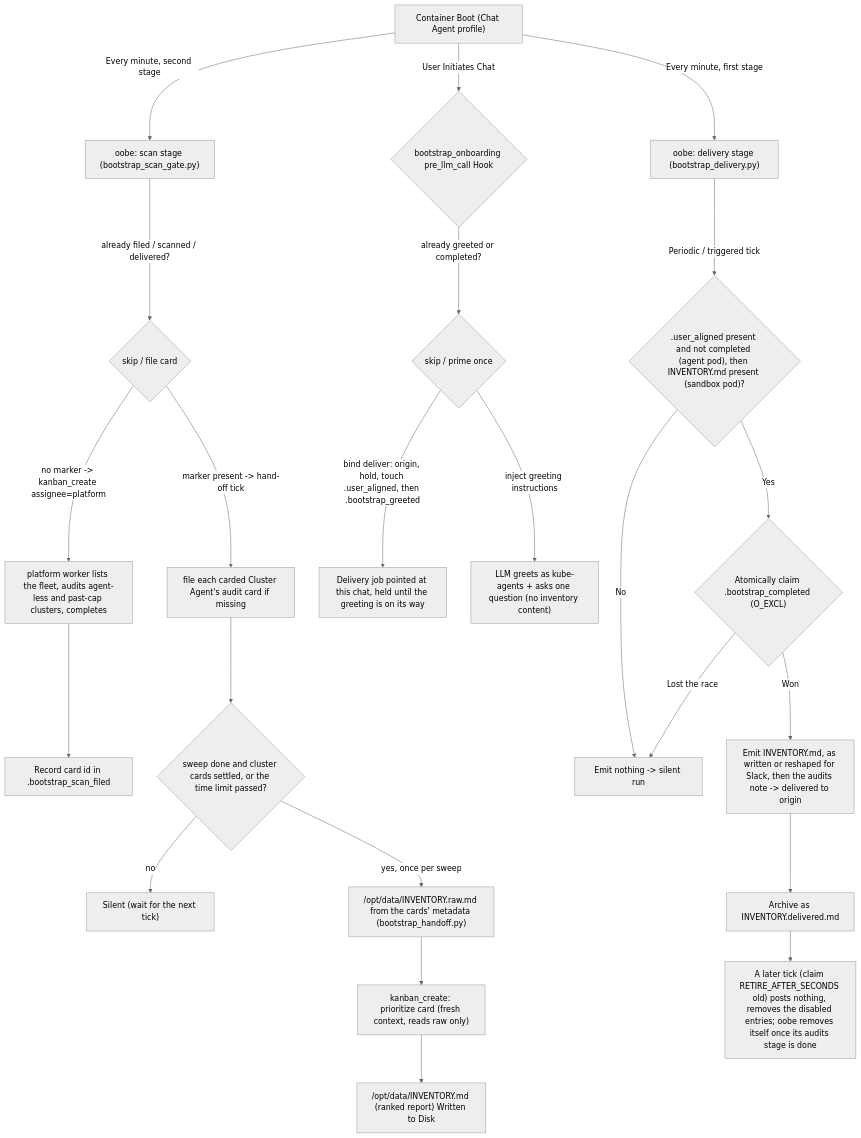
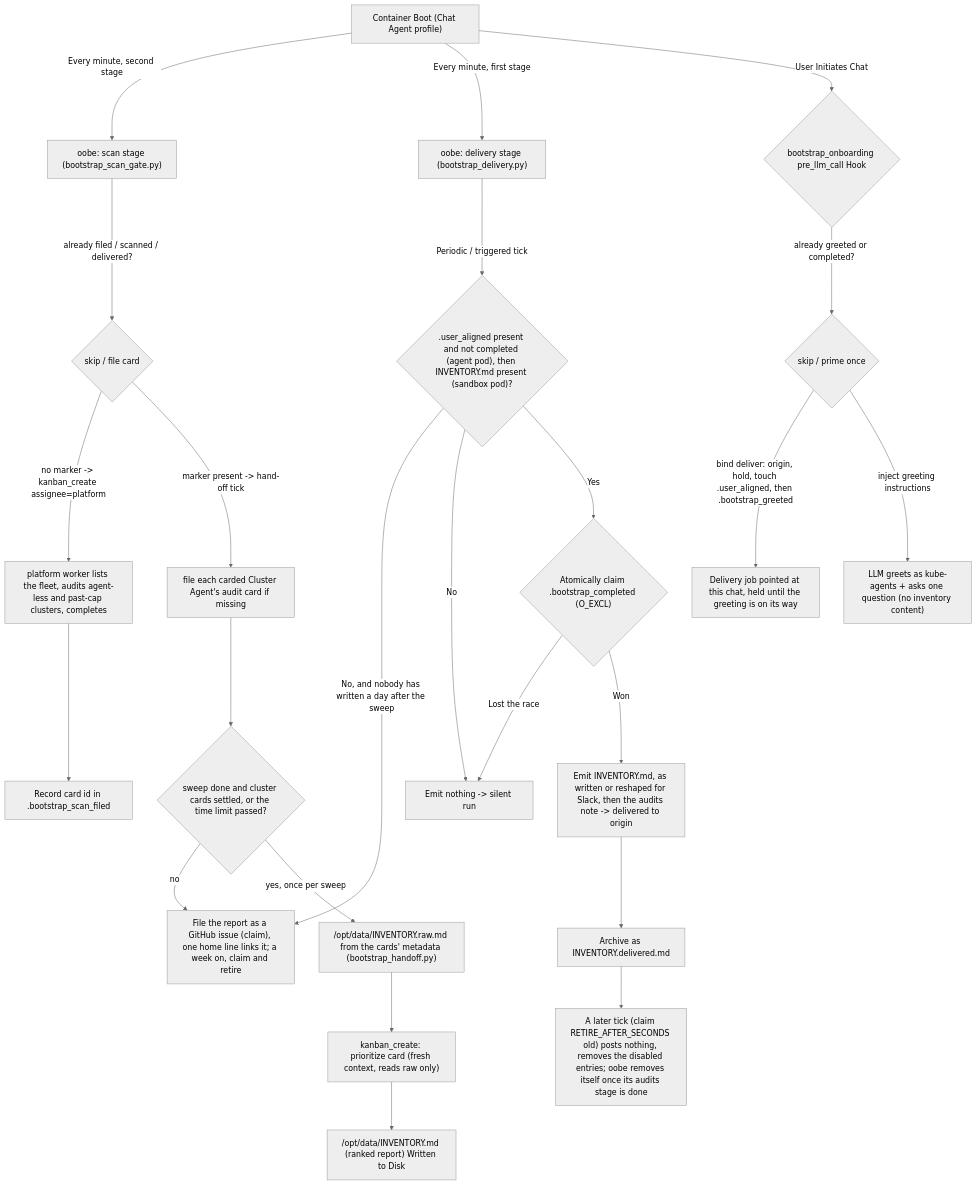
Before and after one commit to gke-labs/kube-agents: the first of 3 diagrams in agents/chat/defaults/plugins/bootstrap_onboarding/README.md, drawn with Mermaid (neutral theme). The commit also changed other lines of this file and 12 other files, not shown here.

First line of the commit message:
fix(onboarding): the filed report names its sweep, its claim can go stale, and the pointer greeting is for humans

````diff
--- a/agents/chat/defaults/plugins/bootstrap_onboarding/README.md
+++ b/agents/chat/defaults/plugins/bootstrap_onboarding/README.md
@@ -61,28 +61,29 @@
 ```mermaid
 graph TD
     A["Container Boot (Chat Agent profile)"] -->|Every minute, second stage| B["oobe: scan stage (bootstrap_scan_gate.py)"]
     A -->|Every minute, first stage| C["oobe: delivery stage (bootstrap_delivery.py)"]
     A -->|User Initiates Chat| D{"bootstrap_onboarding pre_llm_call Hook"}
 
     B -->|already filed / scanned / delivered?| B2{"skip / file card"}
     B2 -->|no marker -> kanban_create assignee=platform| P["platform worker lists the fleet, audits agent-less and past-cap clusters, completes"]
     P --> PM["Record card id in .bootstrap_scan_filed"]
     B2 -->|marker present -> hand-off tick| HF["file each carded Cluster Agent's audit card if missing"]
     HF --> HO{"sweep done and cluster cards settled, or the time limit passed?"}
     HO -->|no| F["Silent (wait for the next tick)"]
     HO -->|yes, once per sweep| R["/opt/data/INVENTORY.raw.md from the cards' metadata (bootstrap_handoff.py)"]
     R --> Q["kanban_create: prioritize card (fresh context, reads raw only)"]
     Q --> E["/opt/data/INVENTORY.md (ranked report) Written to Disk"]
 
     D -->|already greeted or completed?| DG{"skip / prime once"}
     DG -->|bind deliver: origin, hold, touch .user_aligned, then .bootstrap_greeted| G["Delivery job pointed at this chat, held until the greeting is on its way"]
     DG -->|inject greeting instructions| H["LLM greets as kube-agents + asks one question (no inventory content)"]
 
     C -->|Periodic / triggered tick| I{".user_aligned present and not completed (agent pod), then INVENTORY.md present (sandbox pod)?"}
+    I -->|No, and nobody has written a day after the sweep| F["File the report as a GitHub issue (claim), one home line links it; a week on, claim and retire"]
     I -->|No| J["Emit nothing -> silent run"]
     I -->|Yes| CL{"Atomically claim .bootstrap_completed (O_EXCL)"}
     CL -->|Lost the race| J
     CL -->|Won| K["Emit INVENTORY.md, as written or reshaped for Slack, then the audits note -> delivered to origin"]
     K --> L["Archive as INVENTORY.delivered.md"]
     L --> RT["A later tick (claim RETIRE_AFTER_SECONDS old) posts nothing, removes the disabled entries; oobe removes itself once its audits stage is done"]
 ```
````
